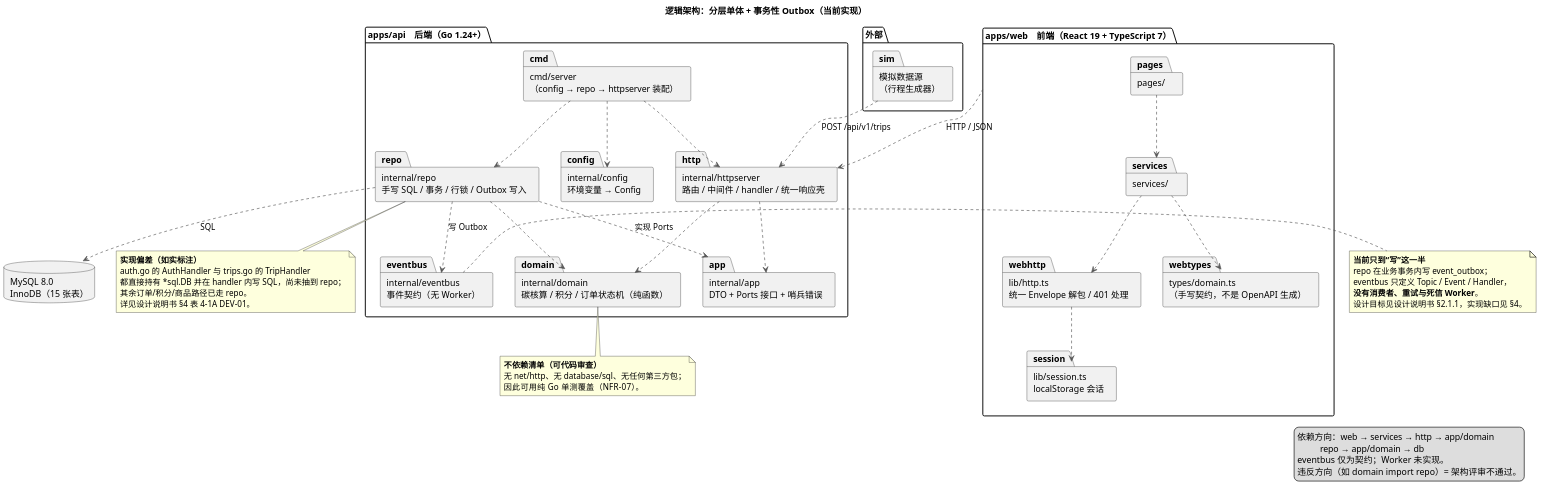
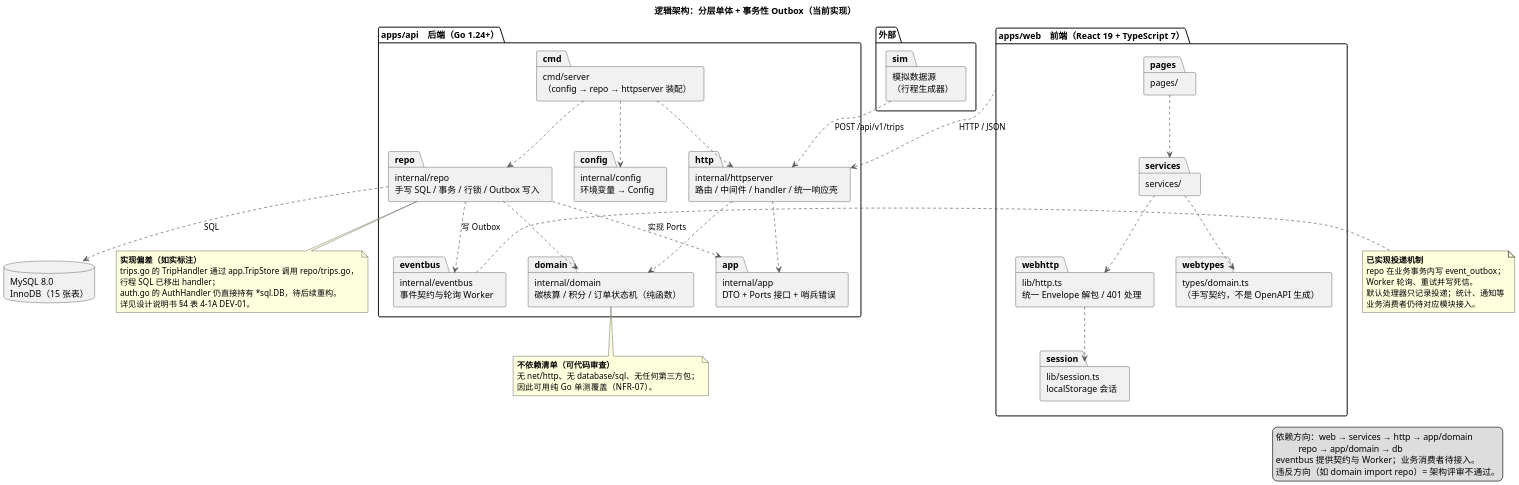
Before and after one commit to chiyan11/green-travel-points: the diagram in docs/uml/05-包图-逻辑架构.puml, drawn with PlantUML. The commit also changed 14 other files, not shown here.

```diff
--- a/docs/uml/05-包图-逻辑架构.puml
+++ b/docs/uml/05-包图-逻辑架构.puml
@@ -1,84 +1,84 @@
 @startuml 图2-1 系统逻辑架构 包图
 ' 依据：docs/设计规格说明书.md §2.1.2；与仓库当前目录对齐（2026-11-24）
 ' 设计原则：依赖方向由外向内；domain 只依赖标准库，不依赖 HTTP / SQL / 框架
 
 skinparam defaultFontName "Microsoft YaHei"
 skinparam dpi 150
 skinparam shadowing false
 skinparam packageStyle folder
 skinparam ArrowColor #555555
 
 title 逻辑架构：分层单体 + 事务性 Outbox（当前实现）
 
 package "apps/web　前端（React 19 + TypeScript 7）" as web {
   package "pages/" as pages
   package "services/" as services
   package "lib/http.ts\n统一 Envelope 解包 / 401 处理" as webhttp
   package "lib/session.ts\nlocalStorage 会话" as session
   package "types/domain.ts\n（手写契约，不是 OpenAPI 生成）" as webtypes
 }
 
 package "apps/api　后端（Go 1.24+）" as api {
   package "cmd/server\n（config → repo → httpserver 装配）" as cmd
   package "internal/httpserver\n路由 / 中间件 / handler / 统一响应壳" as http
   package "internal/app\nDTO + Ports 接口 + 哨兵错误" as app
   package "internal/domain\n碳核算 / 积分 / 订单状态机（纯函数）" as domain
   package "internal/repo\n手写 SQL / 事务 / 行锁 / Outbox 写入" as repo
-  package "internal/eventbus\n事件契约（无 Worker）" as eventbus
+  package "internal/eventbus\n事件契约与轮询 Worker" as eventbus
   package "internal/config\n环境变量 → Config" as config
 }
 
 database "MySQL 8.0\nInnoDB（15 张表）" as db
 
 package "外部" as ext {
   package "模拟数据源\n（行程生成器）" as sim
 }
 
 pages ..> services
 services ..> webhttp
 services ..> webtypes
 webhttp ..> session
 web ..> http : HTTP / JSON
 
 cmd ..> http
 cmd ..> repo
 cmd ..> config
 http ..> app
 http ..> domain
 repo ..> app : 实现 Ports
 repo ..> domain
 repo ..> eventbus : 写 Outbox
 repo ..> db : SQL
 sim ..> http : POST /api/v1/trips
 
 ' 关键约束：domain 不反向依赖任何人
 note bottom of domain
   **不依赖清单（可代码审查）**
   无 net/http、无 database/sql、无任何第三方包；
   因此可用纯 Go 单测覆盖（NFR-07）。
 end note
 
 note right of eventbus
-  **当前只到“写”这一半**
+  **已实现投递机制**
   repo 在业务事务内写 event_outbox；
-  eventbus 只定义 Topic / Event / Handler，
-  **没有消费者、重试与死信 Worker**。
-  设计目标见设计说明书 §2.1.1，实现缺口见 §4。
+  Worker 轮询、重试并写死信。
+  默认处理器只记录投递；统计、通知等
+  业务消费者仍待对应模块接入。
 end note
 
 note bottom of repo
   **实现偏差（如实标注）**
-  auth.go 的 AuthHandler 与 trips.go 的 TripHandler
-  都直接持有 *sql.DB 并在 handler 内写 SQL，尚未抽到 repo；
-  其余订单/积分/商品路径已走 repo。
+  trips.go 的 TripHandler 通过 app.TripStore 调用 repo/trips.go，
+  行程 SQL 已移出 handler；
+  auth.go 的 AuthHandler 仍直接持有 *sql.DB，待后续重构。
   详见设计说明书 §4 表 4-1A DEV-01。
 end note
 
 legend right
   依赖方向：web → services → http → app/domain
             repo → app/domain → db
-  eventbus 仅为契约；Worker 未实现。
+  eventbus 提供契约与 Worker；业务消费者待接入。
   违反方向（如 domain import repo）= 架构评审不通过。
 endlegend
 
 @enduml
```
